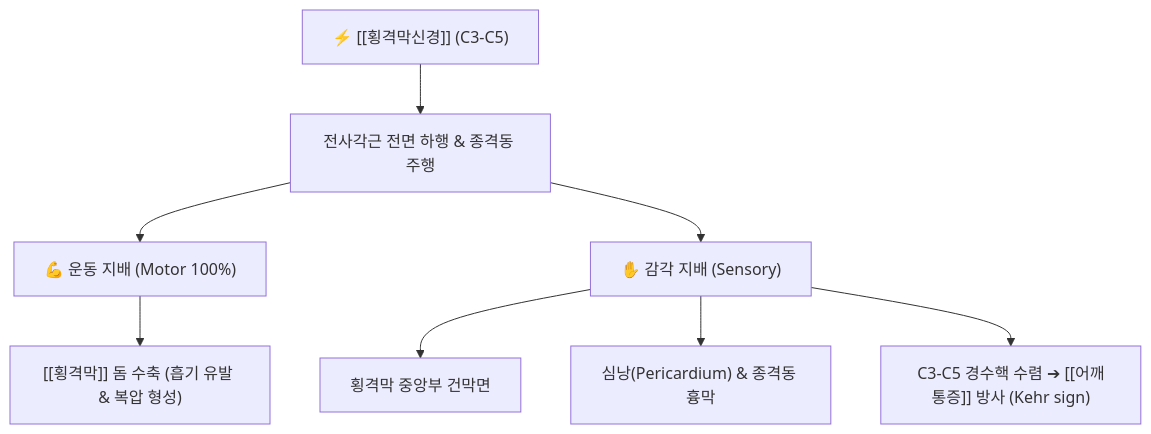
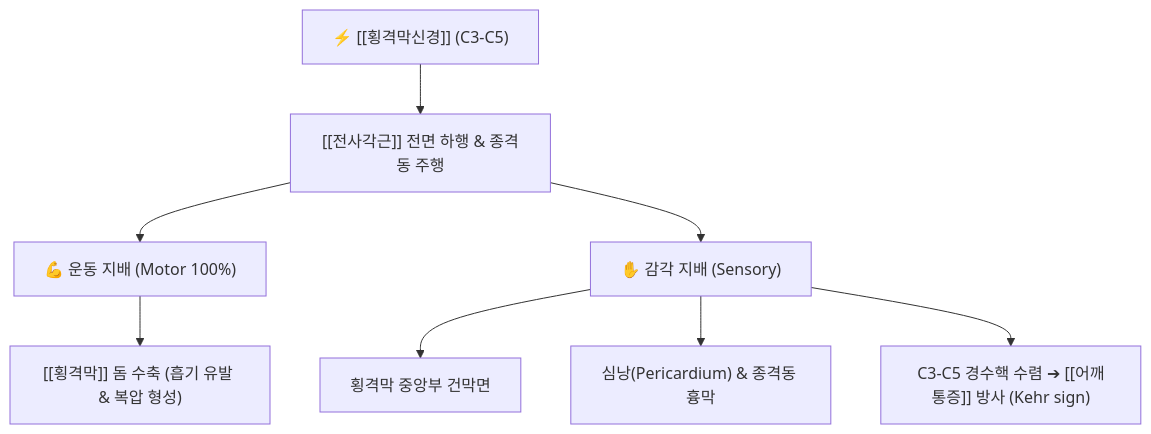
One commit to simbio11/simbio-digital-garden2 changed the diagram in content/1. 근골격계 공부/신경/03_경신경총/횡격막신경.md. Above: the diagram before and after it, drawn with Mermaid. The commit also changed other lines of this file and 73 other files, not shown here.

````diff
--- a/content/1. 근골격계 공부/신경/03_경신경총/횡격막신경.md
+++ b/content/1. 근골격계 공부/신경/03_경신경총/횡격막신경.md
@@ -65,10 +47,10 @@
 ```mermaid
 graph TD
-    Root["⚡ [[횡격막신경]] (C3-C5)"] --> Trunk["전사각근 전면 하행 & 종격동 주행"]
+    Root["⚡ [[횡격막신경]] (C3-C5)"] --> Trunk["[[전사각근]] 전면 하행 & 종격동 주행"]
     Trunk --> Motor["💪 운동 지배 (Motor 100%)"]
     Trunk --> Sensory["✋ 감각 지배 (Sensory)"]
     Motor --> Diaphragm["[[횡격막]] 돔 수축 (흡기 유발 & 복압 형성)"]
     Sensory --> CentralDia["횡격막 중앙부 건막면"]
     Sensory --> Serous["심낭(Pericardium) & 종격동 흉막"]
     Sensory --> Referred["C3-C5 경수핵 수렴 ➔ [[어깨통증]] 방사 (Kehr sign)"]
 ```
````
